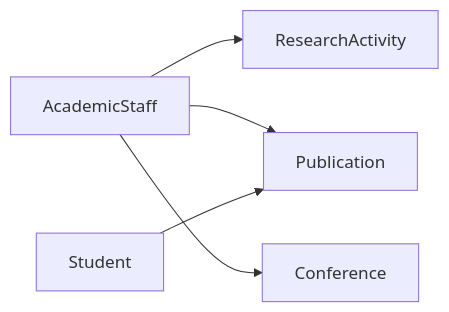
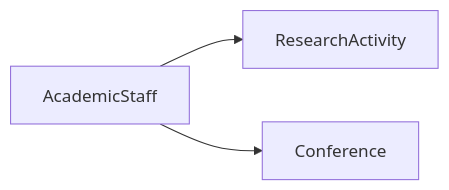
The diagram in docs/SCHEMA_REFERENCE/RESEARCH.md (shamilaw-sci/CSC3213_20_Group_B), drawn with Mermaid before and after one commit. The commit also changed other lines of this file and 41 other files, not shown here.

````diff
--- a/docs/SCHEMA_REFERENCE/RESEARCH.md
+++ b/docs/SCHEMA_REFERENCE/RESEARCH.md
@@ -8,7 +8,5 @@
 ```mermaid
 flowchart LR
   AcademicStaff --> ResearchActivity
-  AcademicStaff --> Publication
   AcademicStaff --> Conference
-  Student --> Publication
 ```
````
